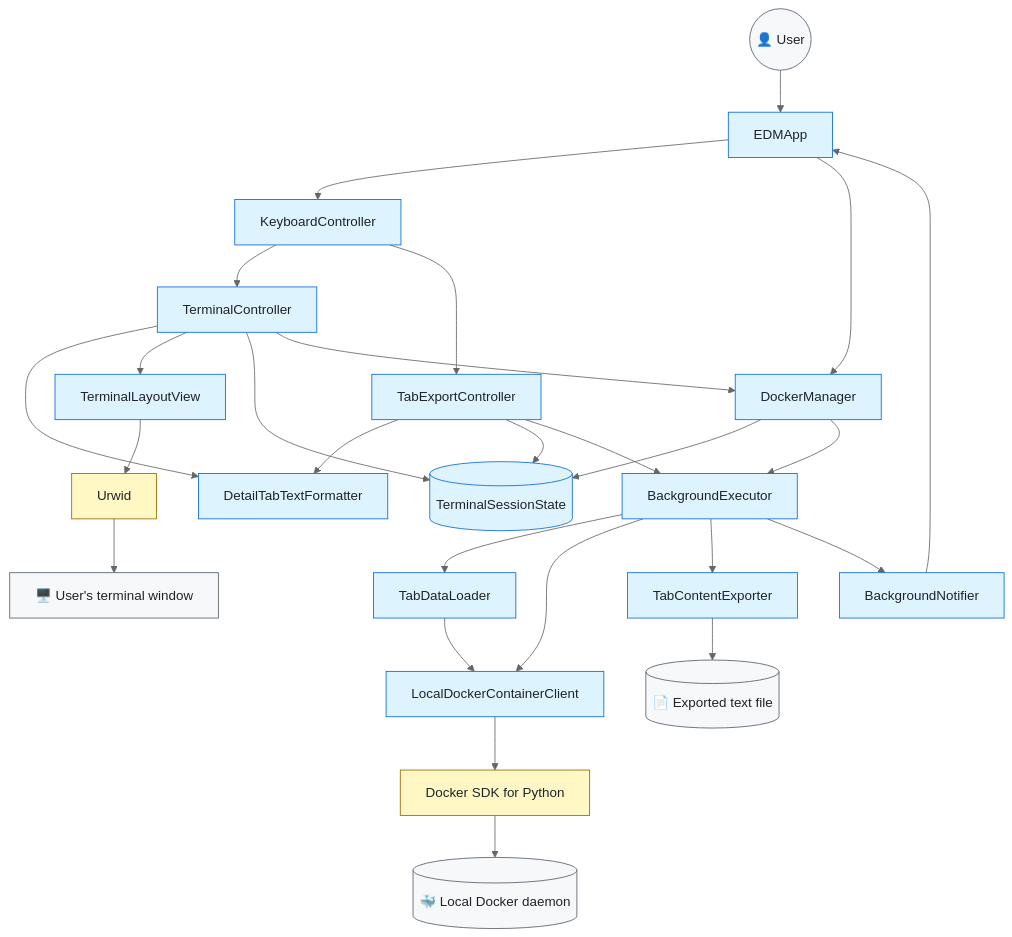
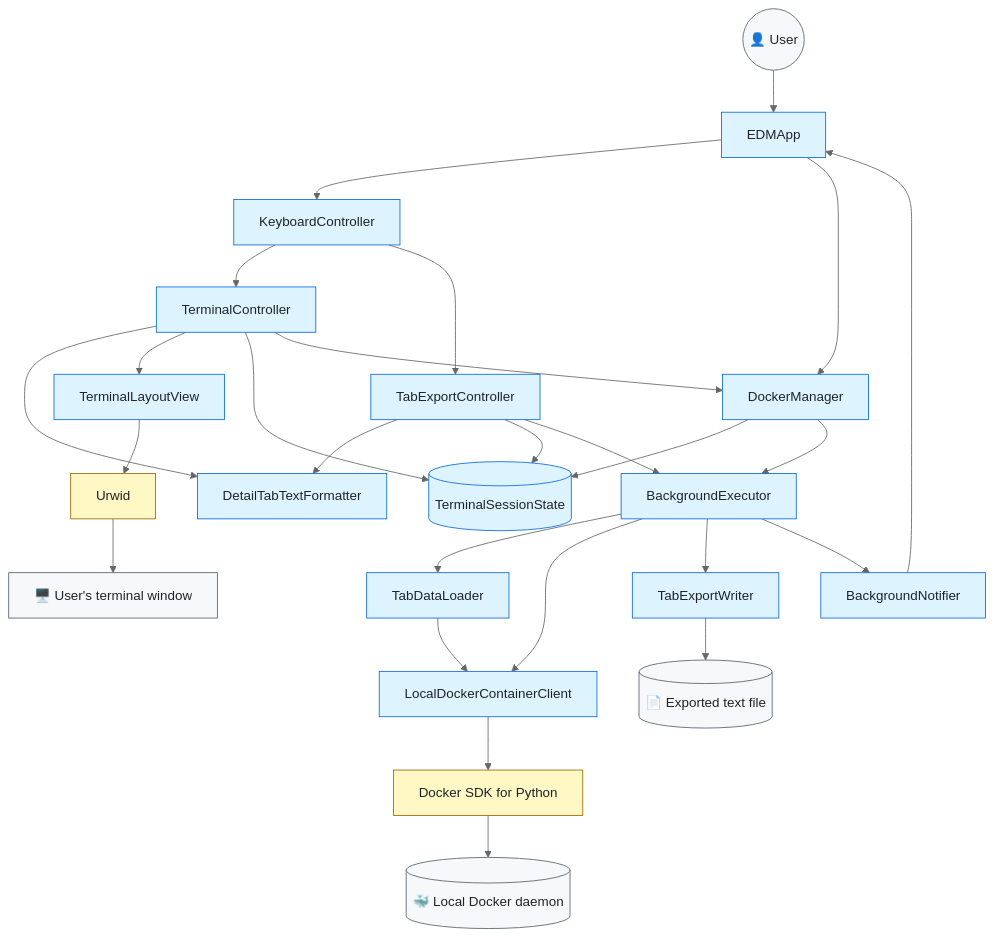
The first of 5 diagrams in DEVELOPMENT_GUIDE.md (arabnejad/edm), drawn with Mermaid (neutral theme) before and after one commit. The commit also changed other lines of this file and 13 other files, not shown here.

First line of the commit message:
Organize tab export workflow

````diff
--- a/DEVELOPMENT_GUIDE.md
+++ b/DEVELOPMENT_GUIDE.md
@@ -81,52 +83,52 @@
 ```mermaid
 flowchart TD
     User(("👤 User"))
     App[EDMApp]
     Keyboard[KeyboardController]
     UI[TerminalController]
     ExportController[TabExportController]
     State[(TerminalSessionState)]
     DockerManager[DockerManager]
     Executor[BackgroundExecutor]
     Notifier[BackgroundNotifier]
     Loader[TabDataLoader]
     Client[LocalDockerContainerClient]
     DockerSDK[Docker SDK for Python]
     Docker[(🐳 Local Docker daemon)]
     Formatter[DetailTabTextFormatter]
-    Exporter[TabContentExporter]
+    Exporter[TabExportWriter]
     File[(📄 Exported text file)]
     View[TerminalLayoutView]
     Urwid[Urwid]
     Terminal[🖥️ User's terminal window]
 
     User --> App --> Keyboard
     Keyboard --> UI
     Keyboard --> ExportController
 
     UI --> Formatter
     UI --> View --> Urwid --> Terminal
     UI --> State
     ExportController --> Formatter
     ExportController --> State
     ExportController --> Executor
 
     App --> DockerManager
     UI --> DockerManager
     DockerManager --> State
     DockerManager --> Executor
     Executor --> Loader --> Client
     Executor --> Client
     Executor --> Exporter --> File
     Client --> DockerSDK --> Docker
 
     Executor --> Notifier --> App
 
     classDef edm fill:#ddf4ff,stroke:#0969da,color:#1f2328
     classDef thirdParty fill:#fff8c5,stroke:#9a6700,color:#1f2328
     classDef external fill:#f6f8fa,stroke:#57606a,color:#1f2328
 
     class App,Keyboard,UI,ExportController,State,DockerManager,Executor,Notifier,Loader,Client,Formatter,Exporter,View edm
     class DockerSDK,Urwid thirdParty
     class User,Docker,Terminal,File external
 ```
````
